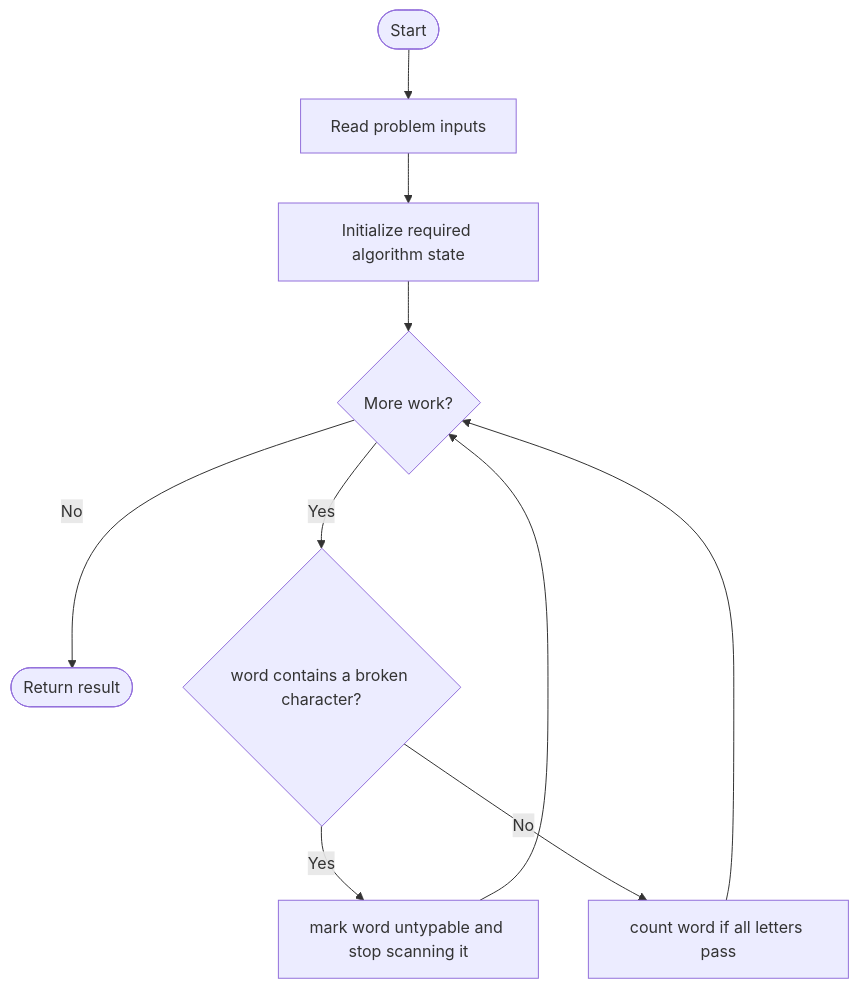
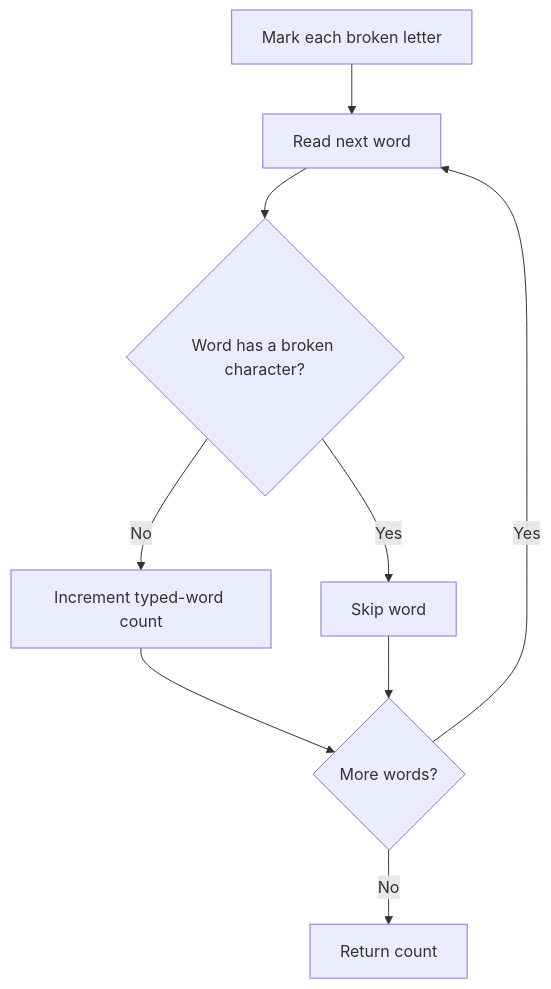
Before and after one commit to SAIDEEPBHANGE/C-CPP-Codes: the diagram in LeetCode/1935/README.md, drawn with Mermaid. The commit also changed other lines of this file and 196 other files, not shown here.

````diff
--- a/LeetCode/1935/README.md
+++ b/LeetCode/1935/README.md
@@ -13,12 +29,11 @@
 ```mermaid
 flowchart TD
-    A([Start]) --> B[Read problem inputs]
-    B --> C[Initialize required algorithm state]
-    C --> D{More work?}
-    D -- No --> Z([Return result])
-    D -- Yes --> E{word contains a broken character?}
-    E -- Yes --> F[mark word untypable and stop scanning it]
-    E -- No --> G[count word if all letters pass]
-    F --> D
-    G --> D
+    A[Mark each broken letter] --> B[Read next word]
+    B --> C{Word has a broken character?}
+    C -- No --> D[Increment typed-word count]
+    C -- Yes --> E[Skip word]
+    D --> F{More words?}
+    E --> F
+    F -- Yes --> B
+    F -- No --> G[Return count]
 ```
````
